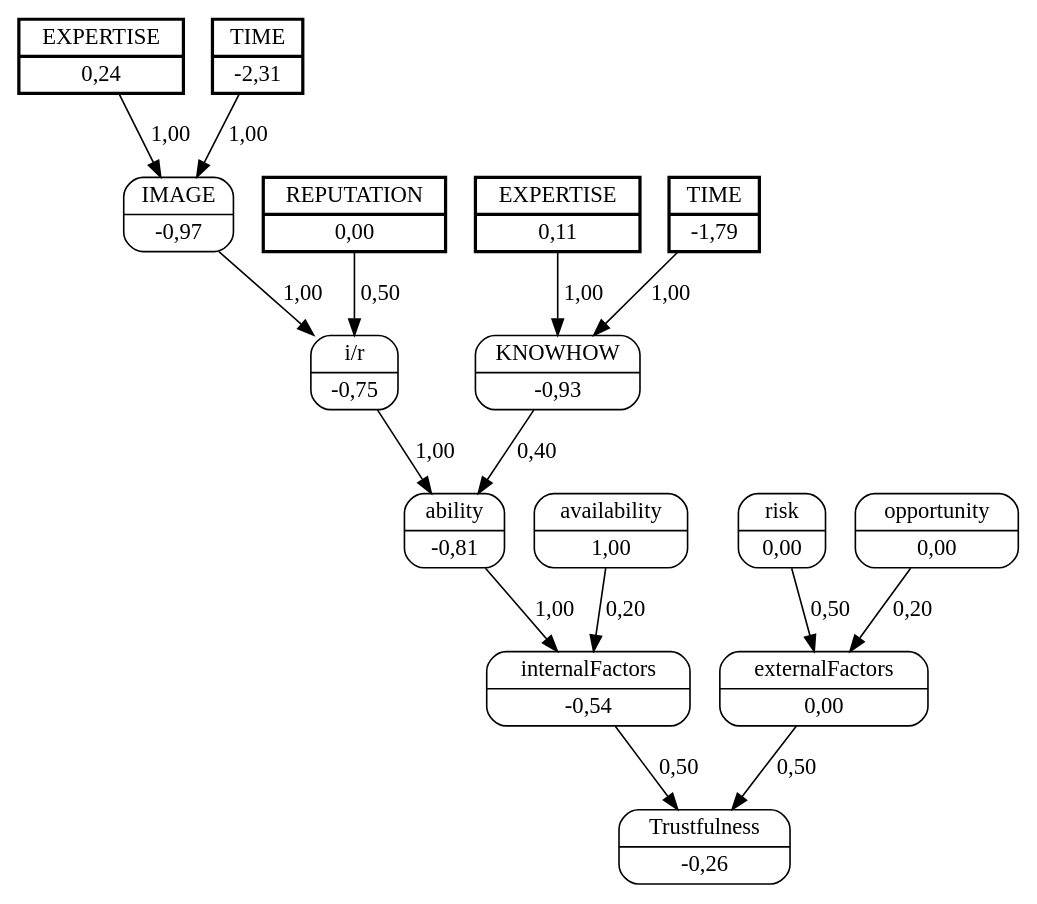
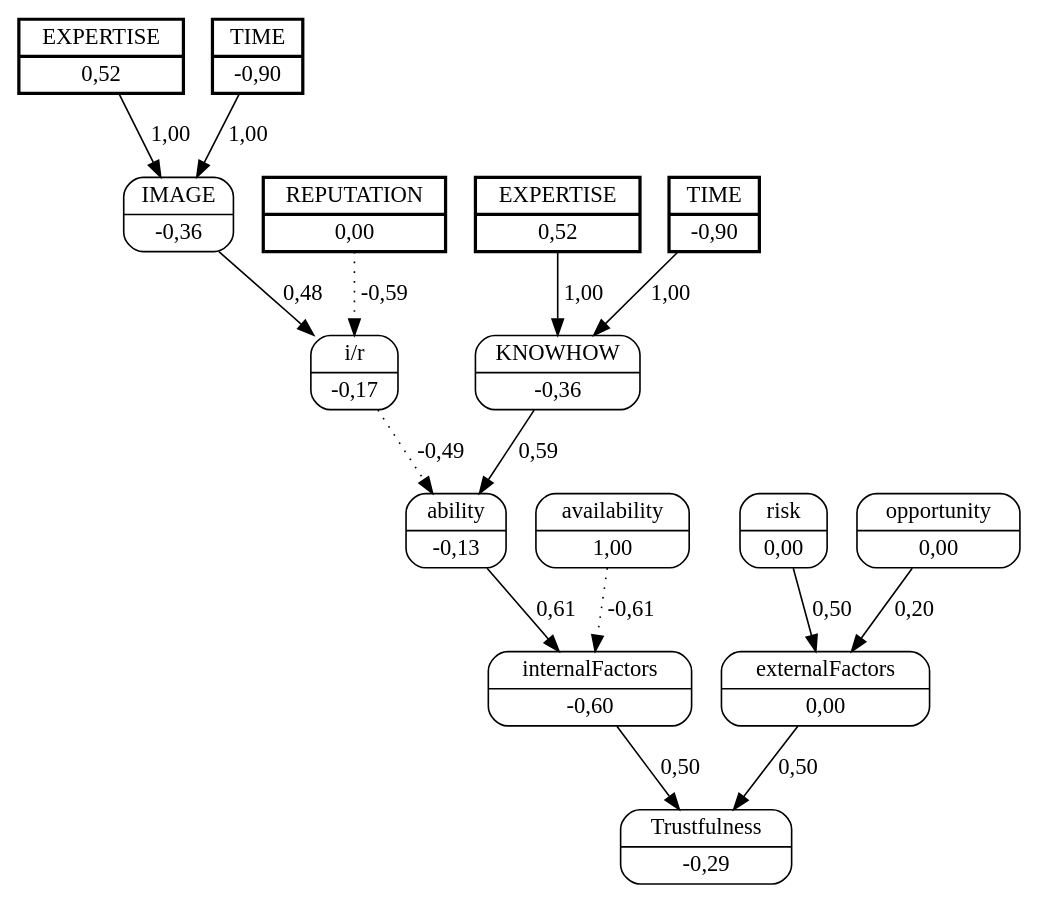
Before and after one commit to jjbaqueta/unload_experiment: the diagram in unload_boxes/dots/worker_1helper_3.dot, drawn with Graphviz. The commit also changed 77 other files, not shown here.

```diff
--- a/unload_boxes/dots/worker_1helper_3.dot
+++ b/unload_boxes/dots/worker_1helper_3.dot
@@ -1,34 +1,34 @@
 digraph FCM_net{
 	node [shape=record, style=rounded]
-	11 [label="{EXPERTISE | 0,24}", style=bold, penwidth=2, peripheries=2];
-	12 [label="{TIME | -2,31}", style=bold, penwidth=2, peripheries=2];
+	11 [label="{EXPERTISE | 0,52}", style=bold, penwidth=2, peripheries=2];
+	12 [label="{TIME | -0,90}", style=bold, penwidth=2, peripheries=2];
 	1 [label="{REPUTATION | 0,00}", style=bold, penwidth=2, peripheries=2];
-	13 [label="{EXPERTISE | 0,11}", style=bold, penwidth=2, peripheries=2];
-	14 [label="{TIME | -1,79}", style=bold, penwidth=2, peripheries=2];
-	0 [label="{IMAGE | -0,97}"];
+	13 [label="{EXPERTISE | 0,52}", style=bold, penwidth=2, peripheries=2];
+	14 [label="{TIME | -0,90}", style=bold, penwidth=2, peripheries=2];
+	0 [label="{IMAGE | -0,36}"];
 	1 [label="{REPUTATION | 0,00}"];
-	2 [label="{KNOWHOW | -0,93}"];
-	3 [label="{i/r | -0,75}"];
-	4 [label="{ability | -0,81}"];
+	2 [label="{KNOWHOW | -0,36}"];
+	3 [label="{i/r | -0,17}"];
+	4 [label="{ability | -0,13}"];
 	5 [label="{availability | 1,00}"];
-	6 [label="{internalFactors | -0,54}"];
+	6 [label="{internalFactors | -0,60}"];
 	7 [label="{risk | 0,00}"];
 	8 [label="{opportunity | 0,00}"];
 	9 [label="{externalFactors | 0,00}"];
-	10 [label="{Trustfulness | -0,26}"];
-	11 [label="{EXPERTISE | 0,24}"];
-	0 -> 3 [label = "1,00"];
-	1 -> 3 [label = "0,50"];
-	3 -> 4 [label = "1,00"];
-	2 -> 4 [label = "0,40"];
-	4 -> 6 [label = "1,00"];
-	5 -> 6 [label = "0,20"];
+	10 [label="{Trustfulness | -0,29}"];
+	11 [label="{EXPERTISE | 0,52}"];
+	0 -> 3 [label = "0,48"];
+	1 -> 3 [label = "-0,59", style=dotted];
+	3 -> 4 [label = "-0,49", style=dotted];
+	2 -> 4 [label = "0,59"];
+	4 -> 6 [label = "0,61"];
+	5 -> 6 [label = "-0,61", style=dotted];
 	6 -> 10 [label = "0,50"];
 	7 -> 9 [label = "0,50"];
 	8 -> 9 [label = "0,20"];
 	9 -> 10 [label = "0,50"];
 	11 -> 0 [label = "1,00"];
 	12 -> 0 [label = "1,00"];
 	13 -> 2 [label = "1,00"];
 	14 -> 2 [label = "1,00"];
 }
```
